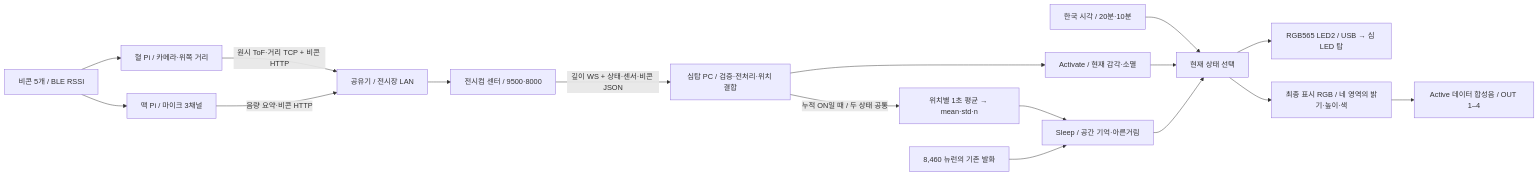
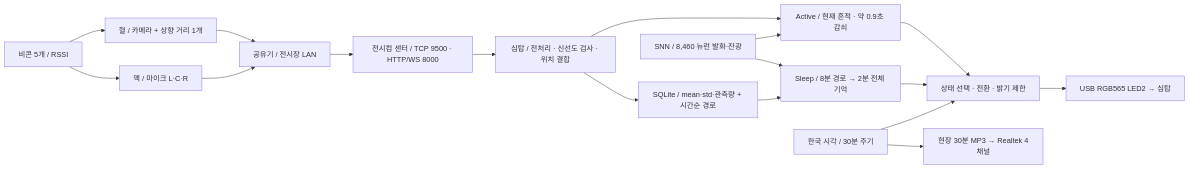
Before and after one commit to skynot0625/2026_Ripples: the diagram in README.md, drawn with Mermaid. The commit also changed other lines of this file and 49 other files, not shown here.

````diff
--- a/README.md
+++ b/README.md
@@ -23,19 +20,19 @@
 ```mermaid
 flowchart LR
-  B["비콘 5개 / BLE RSSI"] --> H["혈 Pi / 카메라·위쪽 거리"]
-  B --> M["맥 Pi / 마이크 3채널"]
-  H -->|"원시 ToF·거리 TCP + 비콘 HTTP"| R["공유기 / 전시장 LAN"]
-  M -->|"음량 요약·비콘 HTTP"| R
-  R --> C["전시컴 센터 / 9500·8000"]
-  C -->|"깊이 WS + 상태·센서·비콘 JSON"| P["심탑 PC / 검증·전처리·위치 결합"]
-  P --> A["Activate / 현재 감각·소멸"]
-  P -->|"누적 ON일 때 / 두 상태 공통"| D["위치별 1초 평균 → mean·std·n"]
-  D --> S["Sleep / 공간 기억·아른거림"]
-  N["8,460 뉴런의 기존 발화"] --> S
-  T["한국 시각 / 20분·10분"] --> V["현재 상태 선택"]
-  A --> V
-  S --> V
-  V --> U["RGB565 LED2 / USB → 심 LED 탑"]
-  V --> F["최종 표시 RGB / 네 영역의 밝기·높이·색"]
-  F --> O["Active 데이터 합성음 / OUT 1–4"]
+  B["비콘 5개 / RSSI"] --> H["혈 / 카메라 + 상향 거리 1개"]
+  B --> M["맥 / 마이크 L·C·R"]
+  H --> R["공유기 / 전시장 LAN"]
+  M --> R
+  R --> C["전시컴 센터 / TCP 9500 · HTTP/WS 8000"]
+  C --> P["심탑 / 전처리 · 신선도 검사 · 위치 결합"]
+  P --> A["Active / 현재 흔적 · 약 0.9초 감쇠"]
+  P --> D["SQLite / mean·std·관측량 + 시간순 경로"]
+  D --> S["Sleep / 8분 경로 → 2분 전체 기억"]
+  N["SNN / 8,460 뉴런 발화·잔광"] --> A
+  N --> S
+  A --> F["상태 선택 · 전환 · 밝기 제한"]
+  S --> F
+  F --> L["USB RGB565 LED2 → 심탑"]
+  T["한국 시각 / 30분 주기"] --> F
+  T --> O["현장 30분 MP3 → Realtek 4채널"]
 ```
````
